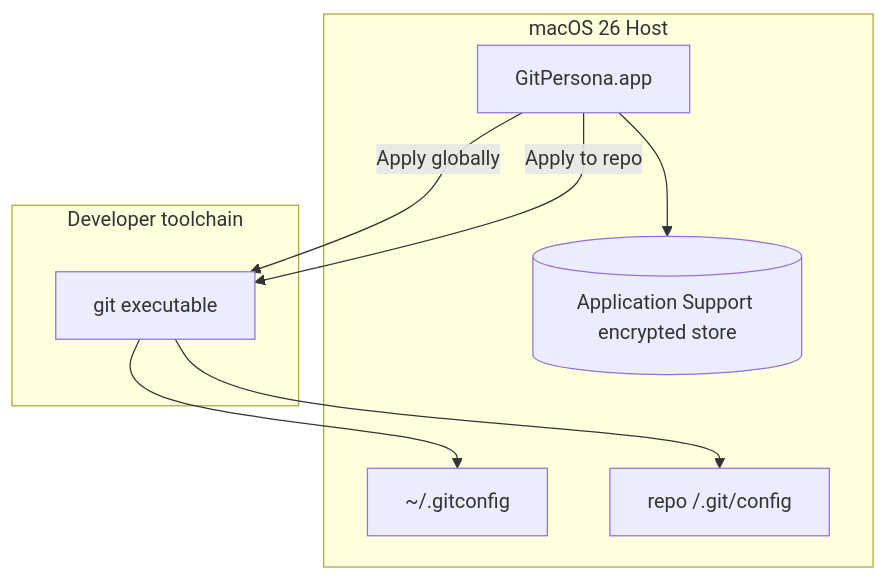
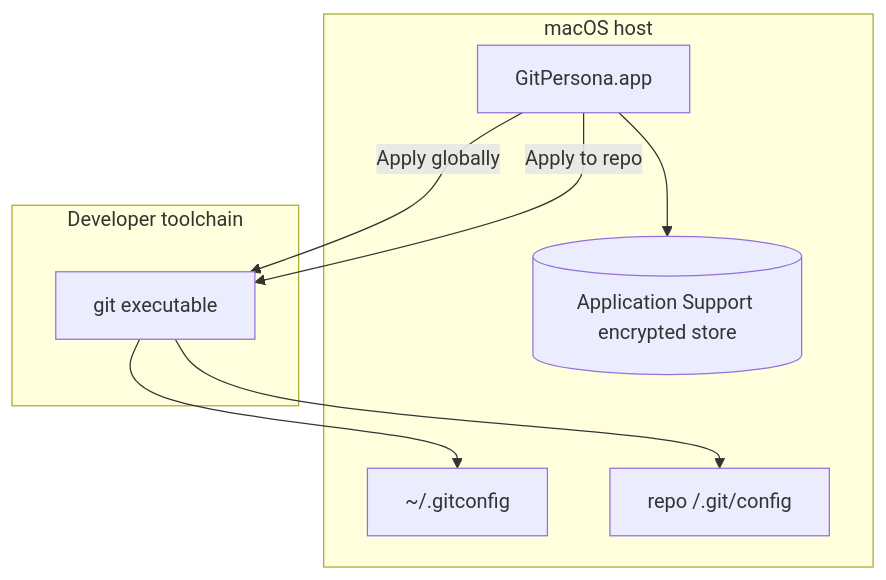
Before and after one commit to erbilnas/git-persona: the third of 3 diagrams in README.md, drawn with Mermaid. The commit also changed other lines of this file and 4 other files, not shown here.

````diff
--- a/README.md
+++ b/README.md
@@ -152,17 +152,17 @@
 ```mermaid
 flowchart TB
-  subgraph macOS [macOS 26 Host]
+  subgraph macOS [macOS host]
     GP[GitPersona.app]
     FS[(Application Support encrypted store)]
     GC[~/.gitconfig]
     LC[ repo /.git/config ]
   end
   subgraph toolchain [Developer toolchain]
     GIT[git executable]
   end
   GP --> FS
   GP -->|"Apply globally"| GIT
   GIT --> GC
   GP -->|"Apply to repo"| GIT
   GIT --> LC
 ```
````
